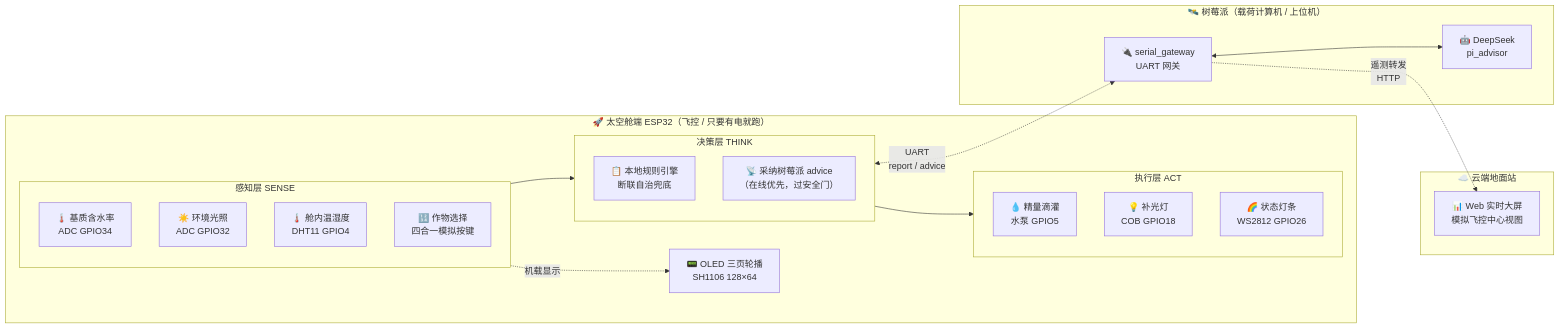
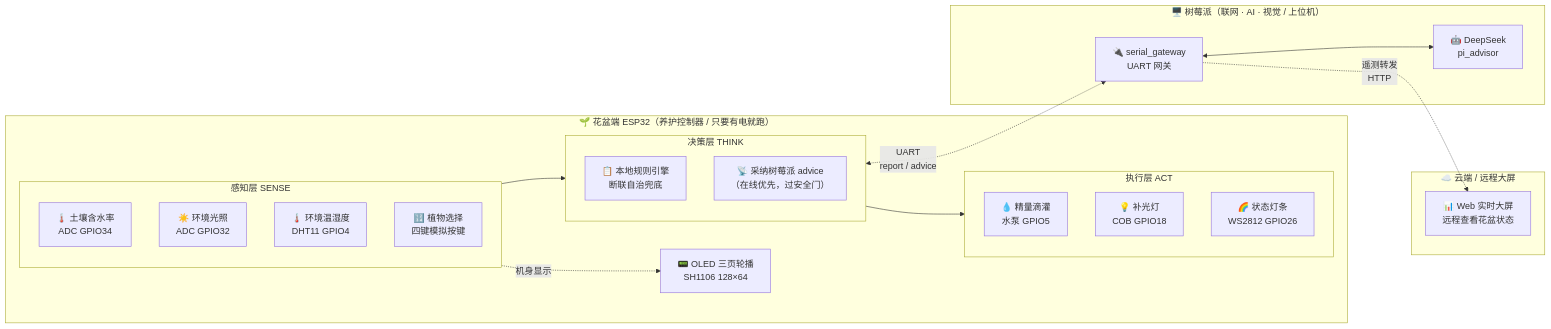
Before and after one commit to Dora321/space-agriculture-capsule: the diagram in README.md, drawn with Mermaid. The commit also changed other lines of this file and 34 other files, not shown here.

First line of the commit message:
rebrand to open smart flowerpot; qwen multimodal + vision tooling

````diff
--- a/README.md
+++ b/README.md
@@ -84,39 +68,39 @@
 ```mermaid
 flowchart LR
-    subgraph SPACE["🚀 太空舱端 ESP32（飞控 / 只要有电就跑）"]
+    subgraph SPACE["🌱 花盆端 ESP32（养护控制器 / 只要有电就跑）"]
         subgraph SENSE["感知层 SENSE"]
-            Soil["🌡️ 基质含水率<br/>ADC GPIO34"]
+            Soil["🌡️ 土壤含水率<br/>ADC GPIO34"]
             LightS["☀️ 环境光照<br/>ADC GPIO32"]
-            DHT["🌡️ 舱内温湿度<br/>DHT11 GPIO4"]
-            DIP["🔢 作物选择<br/>四合一模拟按键"]
+            DHT["🌡️ 环境温湿度<br/>DHT11 GPIO4"]
+            DIP["🔢 植物选择<br/>四键模拟按键"]
         end
 
         subgraph THINK["决策层 THINK"]
             Local["📋 本地规则引擎<br/>断联自治兜底"]
             PiAdv["📡 采纳树莓派 advice<br/>（在线优先，过安全门）"]
         end
 
         subgraph ACT["执行层 ACT"]
             Pump["💧 精量滴灌<br/>水泵 GPIO5"]
             Lamp["💡 补光灯<br/>COB GPIO18"]
             Strip["🌈 状态灯条<br/>WS2812 GPIO26"]
         end
 
         SENSE --> THINK
         THINK --> ACT
-        SENSE -.->|机载显示| OLED["📟 OLED 三页轮播<br/>SH1106 128×64"]
+        SENSE -.->|机身显示| OLED["📟 OLED 三页轮播<br/>SH1106 128×64"]
     end
 
-    subgraph PI["🛰️ 树莓派（载荷计算机 / 上位机）"]
+    subgraph PI["🖥️ 树莓派（联网 · AI · 视觉 / 上位机）"]
         GW["🔌 serial_gateway<br/>UART 网关"]
         AI["🤖 DeepSeek<br/>pi_advisor"]
         GW <--> AI
     end
 
-    subgraph GROUND["☁️ 云端地面站"]
-        Web["📊 Web 实时大屏<br/>模拟飞控中心视图"]
+    subgraph GROUND["☁️ 云端 / 远程大屏"]
+        Web["📊 Web 实时大屏<br/>远程查看花盆状态"]
     end
 
     THINK <-.->|UART<br/>report / advice| GW
     GW -.->|遥测转发<br/>HTTP| Web
 ```
````
